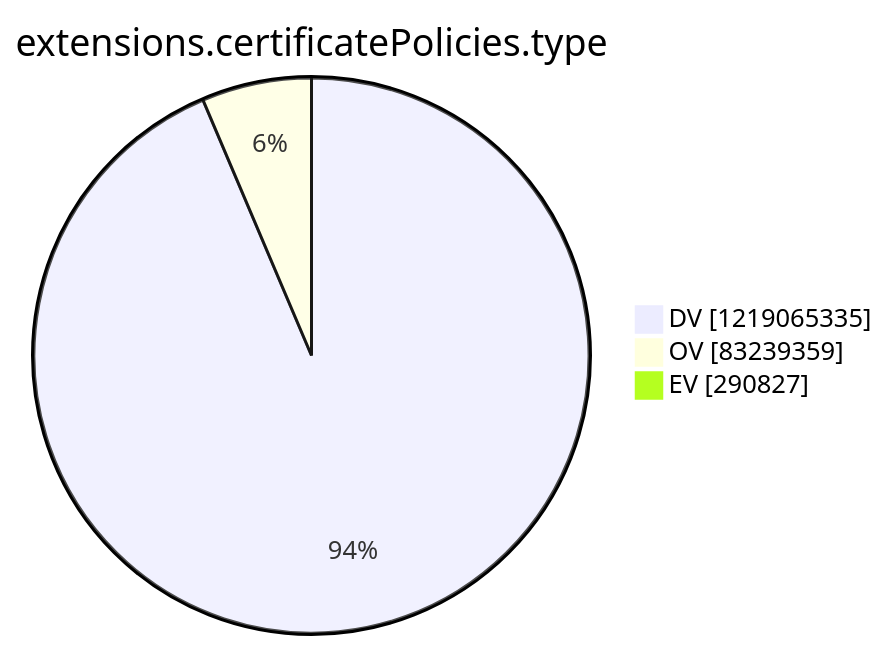
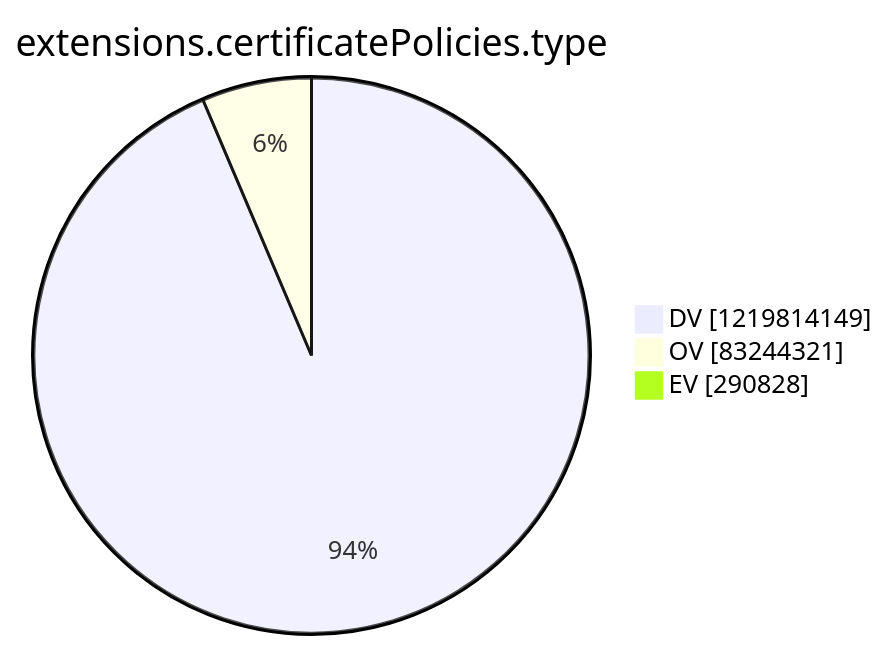
Before and after one commit to christiankrug/ctmonitor_visualization: the tenth of 15 diagrams in argon2022/README.md, drawn with Mermaid. The commit also changed other lines of this file, not shown here.

````diff
--- a/argon2022/README.md
+++ b/argon2022/README.md
@@ -2769,7 +2769,7 @@
 ```mermaid
 pie showData
 title extensions.certificatePolicies.type
-"DV" :1219065335
-"OV" :83239359
-"EV" :290827
+"DV" :1219814149
+"OV" :83244321
+"EV" :290828
 ```
````
